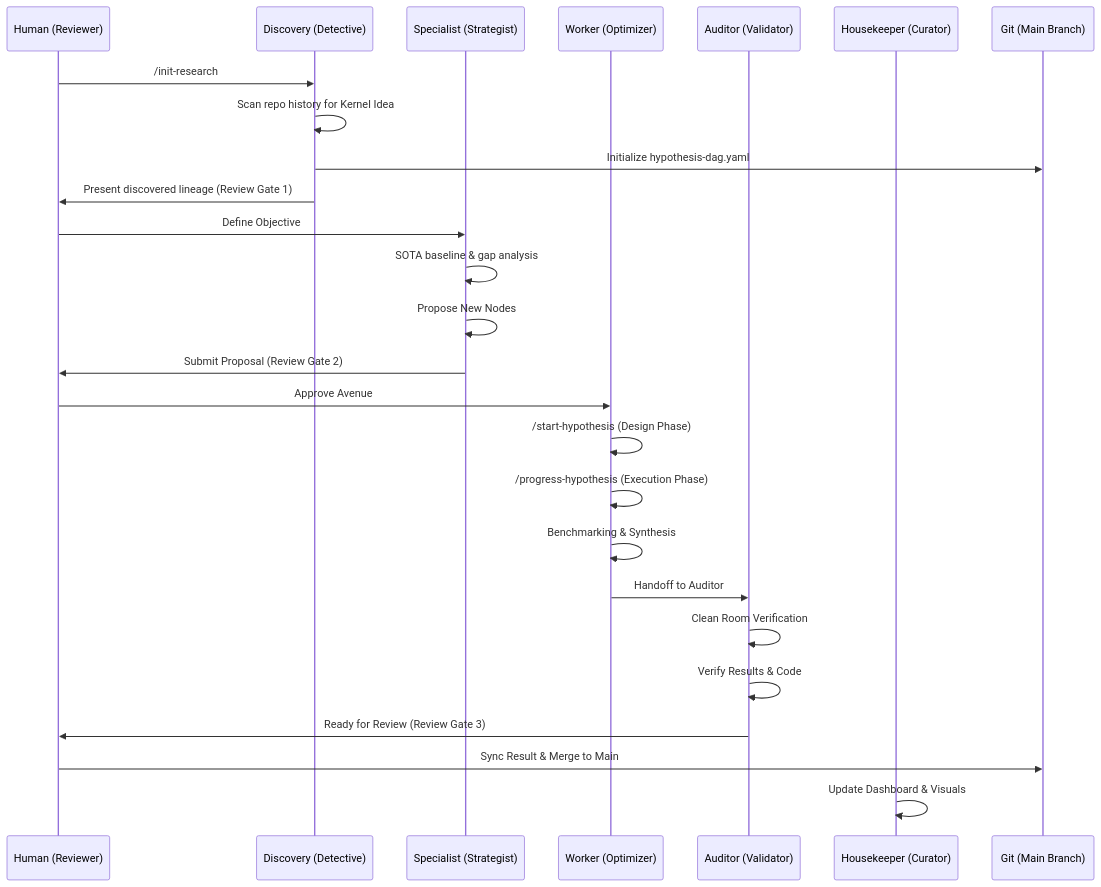
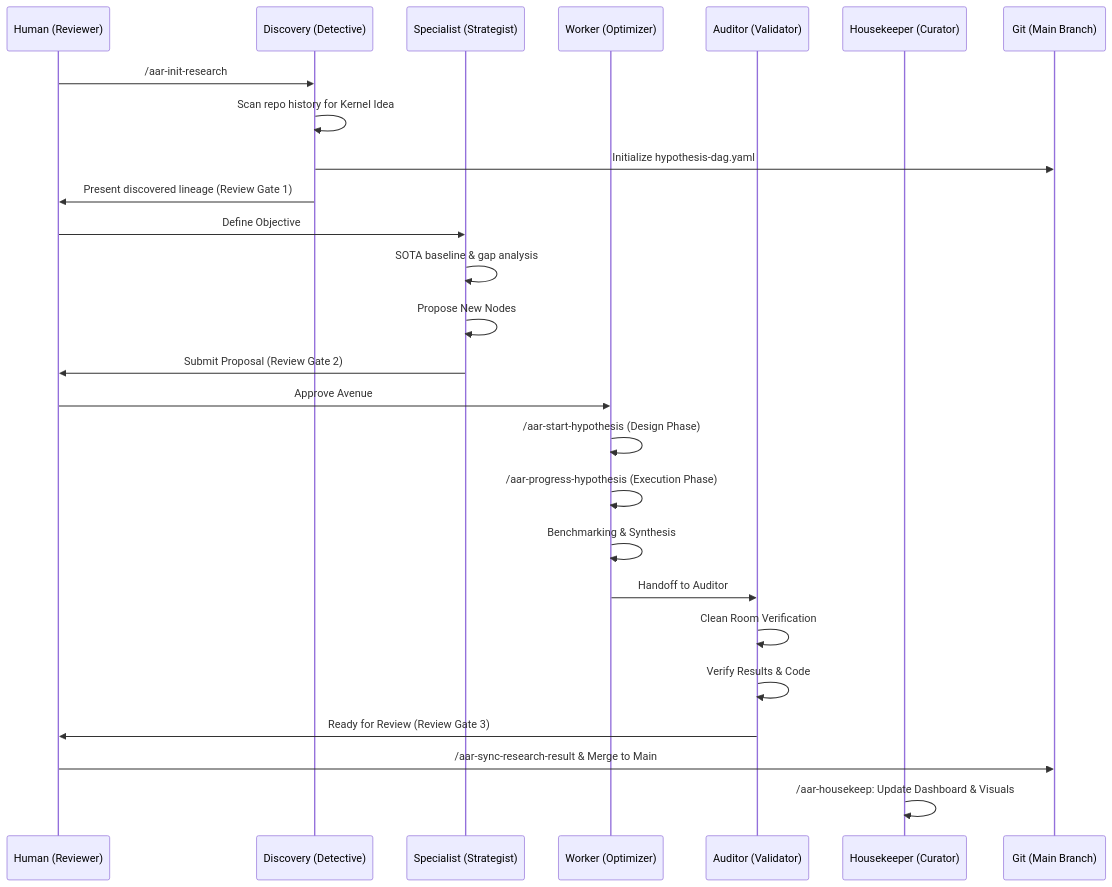
Before and after one commit to dermot-obrien/ai-assisted-research: the second of 2 diagrams in docs/README.md, drawn with Mermaid. The commit also changed other lines of this file and 22 other files, not shown here.

````diff
--- a/docs/README.md
+++ b/docs/README.md
@@ -36,29 +72,29 @@
 ```mermaid
 sequenceDiagram
     participant H as Human (Reviewer)
     participant D as Discovery (Detective)
     participant S as Specialist (Strategist)
     participant W as Worker (Optimizer)
     participant A as Auditor (Validator)
     participant K as Housekeeper (Curator)
     participant G as Git (Main Branch)
 
-    H->>D: /init-research
+    H->>D: /aar-init-research
     D->>D: Scan repo history for Kernel Idea
     D->>G: Initialize hypothesis-dag.yaml
     D->>H: Present discovered lineage (Review Gate 1)
     H->>S: Define Objective
     S->>S: SOTA baseline & gap analysis
     S->>S: Propose New Nodes
     S->>H: Submit Proposal (Review Gate 2)
     H->>W: Approve Avenue
-    W->>W: /start-hypothesis (Design Phase)
-    W->>W: /progress-hypothesis (Execution Phase)
+    W->>W: /aar-start-hypothesis (Design Phase)
+    W->>W: /aar-progress-hypothesis (Execution Phase)
     W->>W: Benchmarking & Synthesis
     W->>A: Handoff to Auditor
     A->>A: Clean Room Verification
     A->>A: Verify Results & Code
     A->>H: Ready for Review (Review Gate 3)
-    H->>G: Sync Result & Merge to Main
-    K->>K: Update Dashboard & Visuals
+    H->>G: /aar-sync-research-result & Merge to Main
+    K->>K: /aar-housekeep: Update Dashboard & Visuals
 ```
````
